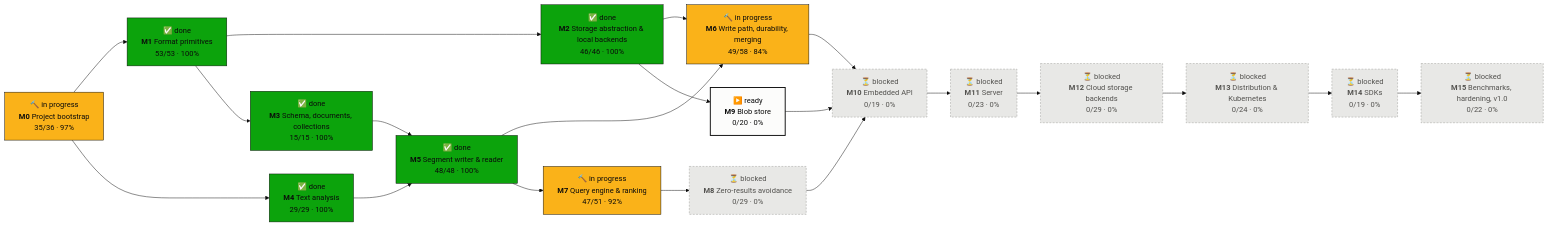
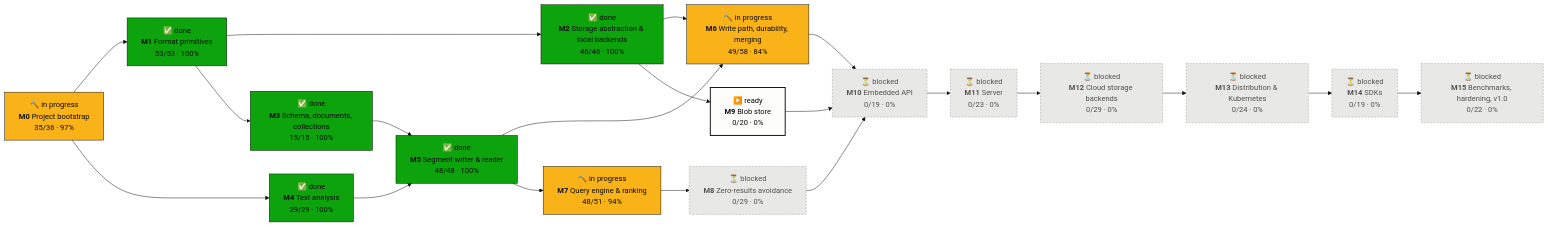
Before and after one commit to tomiok/persiaDB: the first of 2 diagrams in PROGRESS.md, drawn with Mermaid (base theme). The commit also changed other lines of this file and 16 other files, not shown here.

First line of the commit message:
Share the memtable's column copies between views of the same documents (ROADMAP 7.5.7) (#73)

````diff
--- a/PROGRESS.md
+++ b/PROGRESS.md
@@ -16,42 +16,42 @@
 ```mermaid
 flowchart LR
   M0["🔨 in progress<br/><b>M0</b> Project bootstrap<br/>35/36 · 97%"]:::doing
   M1["✅ done<br/><b>M1</b> Format primitives<br/>53/53 · 100%"]:::done
   M2["✅ done<br/><b>M2</b> Storage abstraction & local backends<br/>46/46 · 100%"]:::done
   M3["✅ done<br/><b>M3</b> Schema, documents, collections<br/>15/15 · 100%"]:::done
   M4["✅ done<br/><b>M4</b> Text analysis<br/>29/29 · 100%"]:::done
   M5["✅ done<br/><b>M5</b> Segment writer & reader<br/>48/48 · 100%"]:::done
   M6["🔨 in progress<br/><b>M6</b> Write path, durability, merging<br/>49/58 · 84%"]:::doing
-  M7["🔨 in progress<br/><b>M7</b> Query engine & ranking<br/>47/51 · 92%"]:::doing
+  M7["🔨 in progress<br/><b>M7</b> Query engine & ranking<br/>48/51 · 94%"]:::doing
   M8["⏳ blocked<br/><b>M8</b> Zero-results avoidance<br/>0/29 · 0%"]:::blocked
   M9["▶️ ready<br/><b>M9</b> Blob store<br/>0/20 · 0%"]:::ready
   M10["⏳ blocked<br/><b>M10</b> Embedded API<br/>0/19 · 0%"]:::blocked
   M11["⏳ blocked<br/><b>M11</b> Server<br/>0/23 · 0%"]:::blocked
   M12["⏳ blocked<br/><b>M12</b> Cloud storage backends<br/>0/29 · 0%"]:::blocked
   M13["⏳ blocked<br/><b>M13</b> Distribution & Kubernetes<br/>0/24 · 0%"]:::blocked
   M14["⏳ blocked<br/><b>M14</b> SDKs<br/>0/19 · 0%"]:::blocked
   M15["⏳ blocked<br/><b>M15</b> Benchmarks, hardening, v1.0<br/>0/22 · 0%"]:::blocked
   M0 --> M1
   M1 --> M2
   M1 --> M3
   M0 --> M4
   M3 --> M5
   M4 --> M5
   M2 --> M6
   M5 --> M6
   M5 --> M7
   M7 --> M8
   M2 --> M9
   M6 --> M10
   M8 --> M10
   M9 --> M10
   M10 --> M11
   M11 --> M12
   M12 --> M13
   M13 --> M14
   M14 --> M15
   classDef done fill:#0ca30c,stroke:#0b0b0b,color:#0b0b0b
   classDef doing fill:#fab219,stroke:#0b0b0b,color:#0b0b0b
   classDef ready fill:#fcfcfb,stroke:#0b0b0b,stroke-width:2px,color:#0b0b0b
   classDef blocked fill:#e8e8e6,stroke:#9a9a96,stroke-dasharray:4 3,color:#52514e
 ```
````
